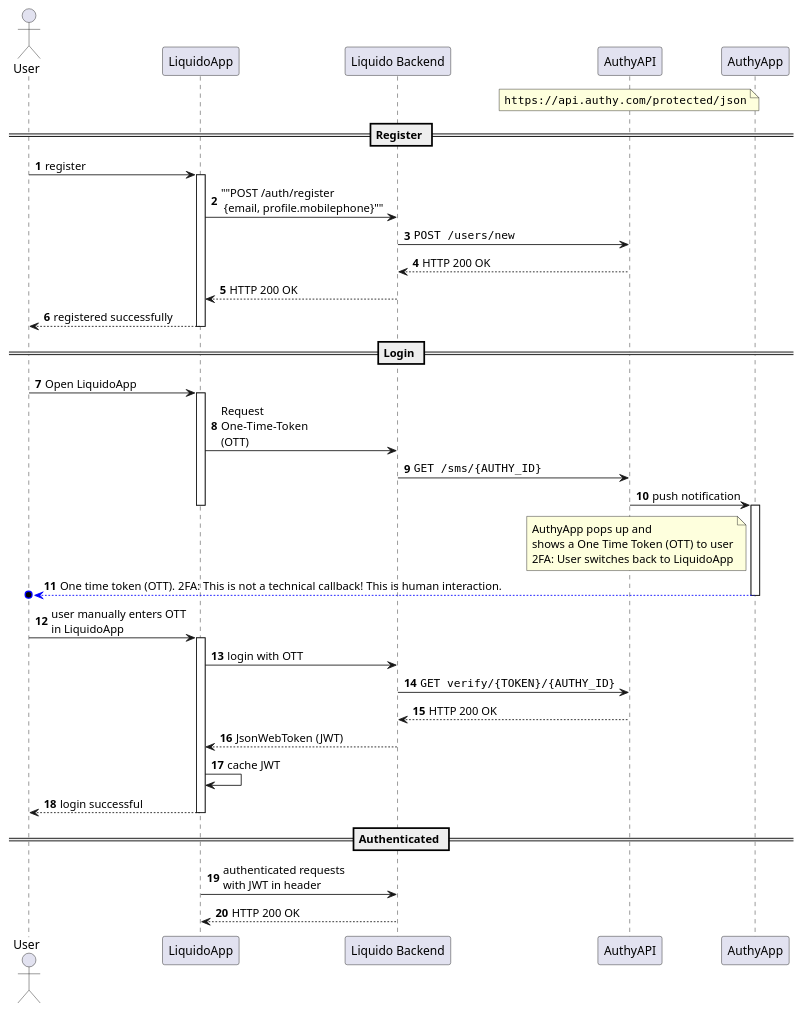
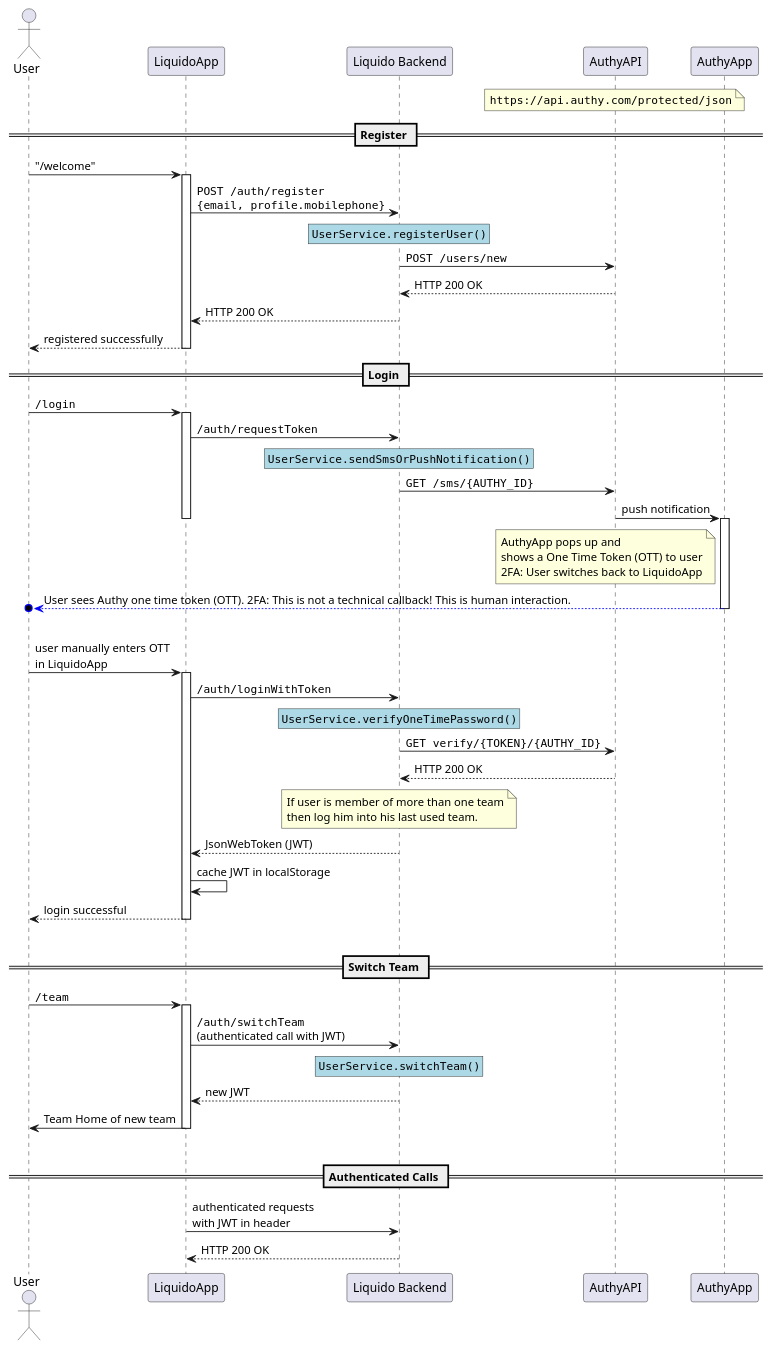
One commit to Doogiemuc/liquido-backend-spring changed the diagram in doc/Liquido Authy Login Sequence.plantuml. Above: the diagram before and after it, drawn with PlantUML. The commit also changed 21 other files, not shown here.

Commit message:
Login via SMS with new Twilio Verification API 2.0 works!

```diff
--- a/doc/Liquido Authy Login Sequence.plantuml
+++ b/doc/Liquido Authy Login Sequence.plantuml
@@ -1,65 +1,71 @@
 @startuml
-
-autonumber
 
 actor User
 participant LiquidoApp
 participant "Liquido Backend" as BE
 participant AuthyAPI
 participant AuthyApp
 
 note over AuthyAPI: ""https://api.authy.com/protected/json""
 
 == Register ==
 
-User -> LiquidoApp: register
+User -> LiquidoApp: "/welcome"
 activate LiquidoApp
-
-LiquidoApp -> BE: ""POST /auth/register\n {email, profile.mobilephone}""
-
+LiquidoApp -> BE: ""POST /auth/register""\n""{email, profile.mobilephone}""
+rnote over BE #lightblue: ""UserService.registerUser()""
 BE -> AuthyAPI: ""POST /users/new""
-
 AuthyAPI --> BE: HTTP 200 OK
-
 BE --> LiquidoApp: HTTP 200 OK
-
 LiquidoApp --> User: registered successfully
 deactivate LiquidoApp
 
 == Login ==
 
-User -> LiquidoApp: Open LiquidoApp
+User -> LiquidoApp: ""/login""
 activate LiquidoApp
-
-LiquidoApp -> BE: Request\nOne-Time-Token\n(OTT)
-
+LiquidoApp -> BE: ""/auth/requestToken""
+rnote over BE #lightblue: ""UserService.sendSmsOrPushNotification()""
 BE -> AuthyAPI: ""GET /sms/{AUTHY_ID}""
 AuthyAPI -> AuthyApp: push notification
 deactivate LiquidoApp
+
 activate AuthyApp
+note left of AuthyApp: AuthyApp pops up and\nshows a One Time Token (OTT) to user\n2FA: User switches back to LiquidoApp
+AuthyApp -[#blue]->o User: User sees Authy one time token (OTT). 2FA: This is not a technical callback! This is human interaction.
+deactivate AuthyApp
 
-
-note left of AuthyApp: AuthyApp pops up and\nshows a One Time Token (OTT) to user\n2FA: User switches back to LiquidoApp
-
-AuthyApp -[#blue]->o User: One time token (OTT). 2FA: This is not a technical callback! This is human interaction.
-deactivate AuthyApp
+|||
 
 User -> LiquidoApp: user manually enters OTT\nin LiquidoApp
 activate LiquidoApp
-
-LiquidoApp -> BE: login with OTT
+LiquidoApp -> BE: ""/auth/loginWithToken""
+rnote over BE #lightblue: ""UserService.verifyOneTimePassword()""
 BE -> AuthyAPI: ""GET verify/{TOKEN}/{AUTHY_ID}""
 AuthyAPI --> BE: HTTP 200 OK
-
+note over BE: If user is member of more than one team\nthen log him into his last used team.
 BE --> LiquidoApp: JsonWebToken (JWT)
-LiquidoApp -> LiquidoApp: cache JWT
+LiquidoApp -> LiquidoApp: cache JWT in localStorage
 LiquidoApp --> User: login successful
 deactivate LiquidoApp
 
-== Authenticated ==
+|||
+== Switch Team ==
+
+User -> LiquidoApp: ""/team""
+activate LiquidoApp
+LiquidoApp -> BE: ""/auth/switchTeam""\n(authenticated call with JWT)
+rnote over BE #lightblue: ""UserService.switchTeam()""
+' should I require authentication via authy here again?
+BE --> LiquidoApp: new JWT
+LiquidoApp -> User: Team Home of new team
+deactivate LiquidoApp
+
+|||
+== Authenticated Calls ==
 
 LiquidoApp -> BE: authenticated requests\nwith JWT in header
 BE --> LiquidoApp: HTTP 200 OK
 
 
 @enduml
```
